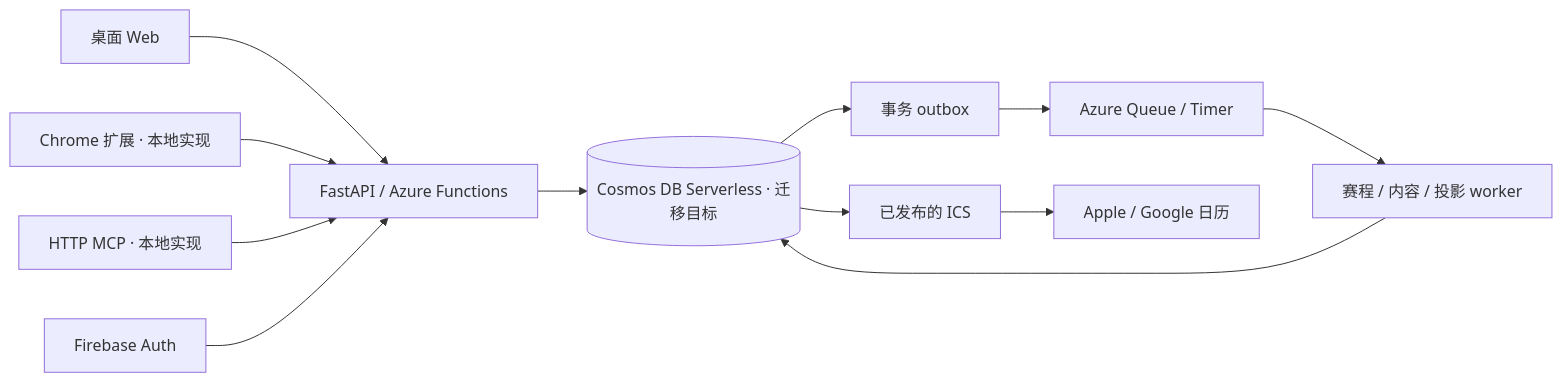
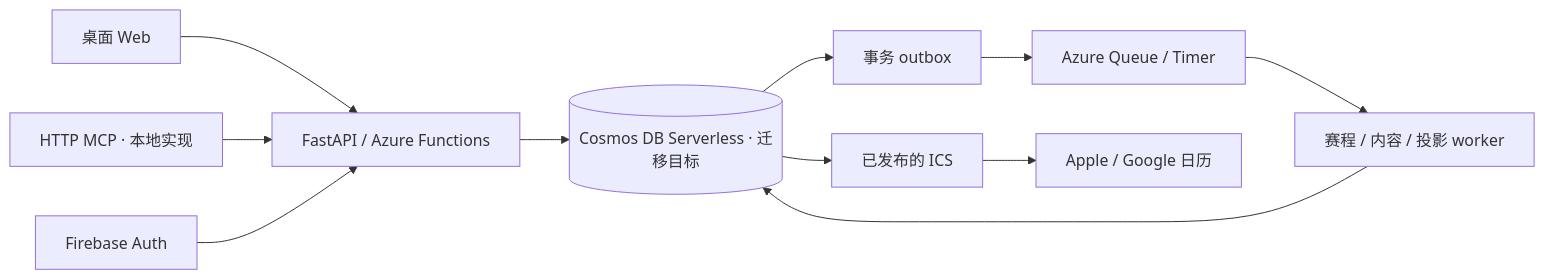
Before and after one commit to zhiqi-27/anke-sports-cloud: the diagram in docs/architecture.md, drawn with Mermaid. The commit also changed other lines of this file and 4 other files, not shown here.

````diff
--- a/docs/architecture.md
+++ b/docs/architecture.md
@@ -15,14 +15,13 @@
 ```mermaid
 flowchart LR
   Web[桌面 Web] --> API[FastAPI / Azure Functions]
-  Extension[Chrome 扩展 · 本地实现] --> API
   MCP[HTTP MCP · 本地实现] --> API
   Auth[Firebase Auth] --> API
   API --> SQL[(Cosmos DB Serverless · 迁移目标)]
   SQL --> Outbox[事务 outbox]
   Outbox --> Queue[Azure Queue / Timer]
   Queue --> Worker[赛程 / 内容 / 投影 worker]
   Worker --> SQL
   SQL --> ICS[已发布的 ICS]
   ICS --> Calendar[Apple / Google 日历]
 ```
````
